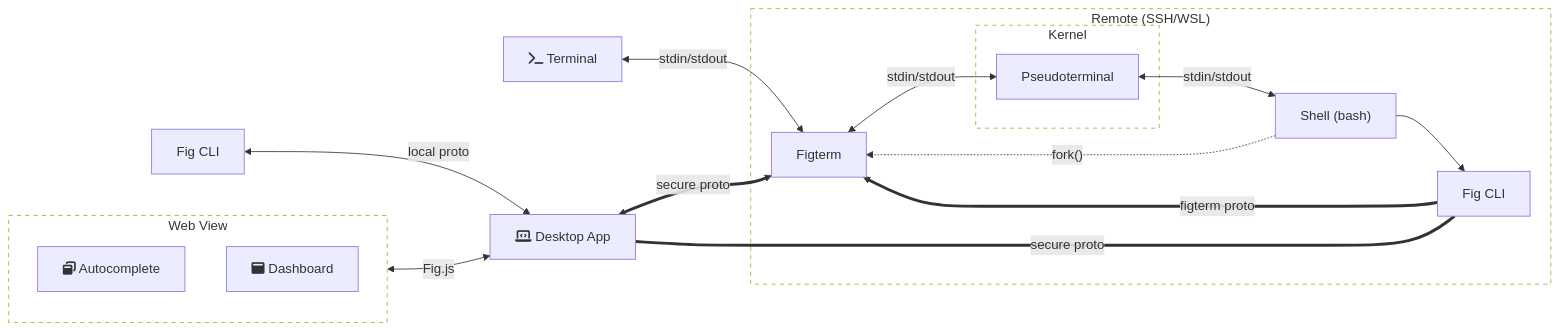
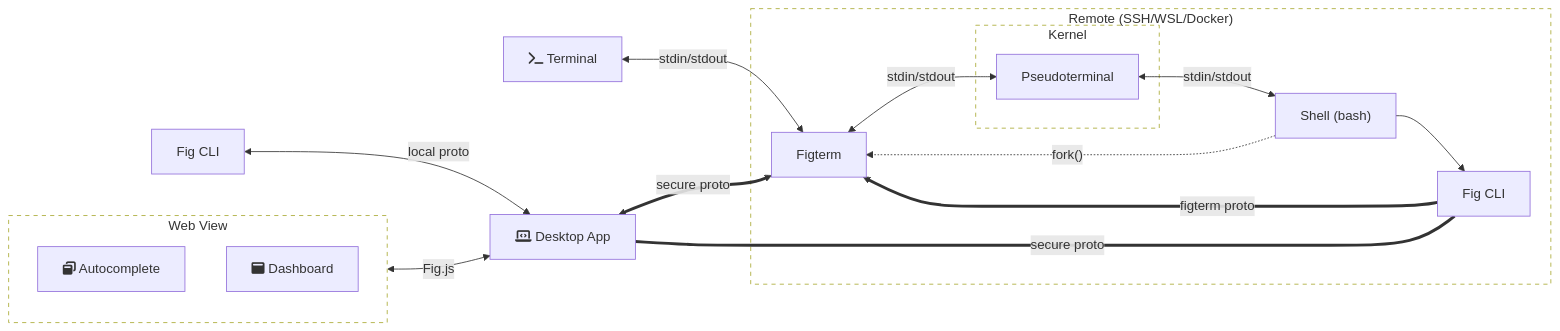
One commit to aws/q-cli changed the diagram in README.md. Above: the diagram before and after it, drawn with Mermaid.

````diff
--- a/README.md
+++ b/README.md
@@ -6,47 +6,47 @@
 ```mermaid
 %%{
   init: {
     "fontFamily": "monospace"
   }
 }%%
 
 flowchart LR
     term[fa:fa-terminal Terminal]
     click term href "https://en.wikipedia.org/wiki/Terminal_emulator"
       desktop[fa:fa-laptop-code Desktop App]
     click desktop href "https://github.com/withfig/macos/tree/HEAD/fig_desktop"
     subgraph webview[Web View]
       style webview fill:transparent,stroke-dasharray: 5 5
       autocomplete[fa:fa-window-restore Autocomplete]
       click autocomplete href "https://www.github.com/withfig/autocomplete-engine"
       dashboard[fa:fa-window-maximize Dashboard]
       click dashboard href "https://www.github.com/withfig/mission-control"
     end
     localCli[Fig CLI]
     click localCli href "https://github.com/withfig/macos/tree/HEAD/fig_cli"
-    subgraph remote["Remote (SSH/WSL)"]
+    subgraph remote["Remote (SSH/WSL/Docker)"]
       style remote fill:transparent,stroke-dasharray: 5 5
       figterm[Figterm]
       click figterm href "https://github.com/withfig/macos/tree/HEAD/figterm"
       shell["Shell (bash)"]
       click shell href "https://en.wikipedia.org/wiki/Unix_shell"
       remoteCli[Fig CLI]
       click remoteCli href "https://github.com/withfig/macos/tree/HEAD/fig_cli"
       subgraph kernel[Kernel]
         style kernel fill:transparent,stroke-dasharray: 5 5
         pseudo[Pseudoterminal]
         click pseudo href "https://en.wikipedia.org/wiki/Pseudoterminal"
       end
     end
 
     localCli <-->|local proto| desktop
     term <-->|stdin/stdout| figterm
     webview <-->|Fig.js| desktop
     desktop <==>|secure proto| figterm 
     figterm <-->|stdin/stdout| pseudo
     pseudo <-->|stdin/stdout| shell
     shell -.->|"fork()"| figterm
     shell --> remoteCli
     remoteCli ==>|figterm proto| figterm
     desktop ===|secure proto| remoteCli
 ```
````
